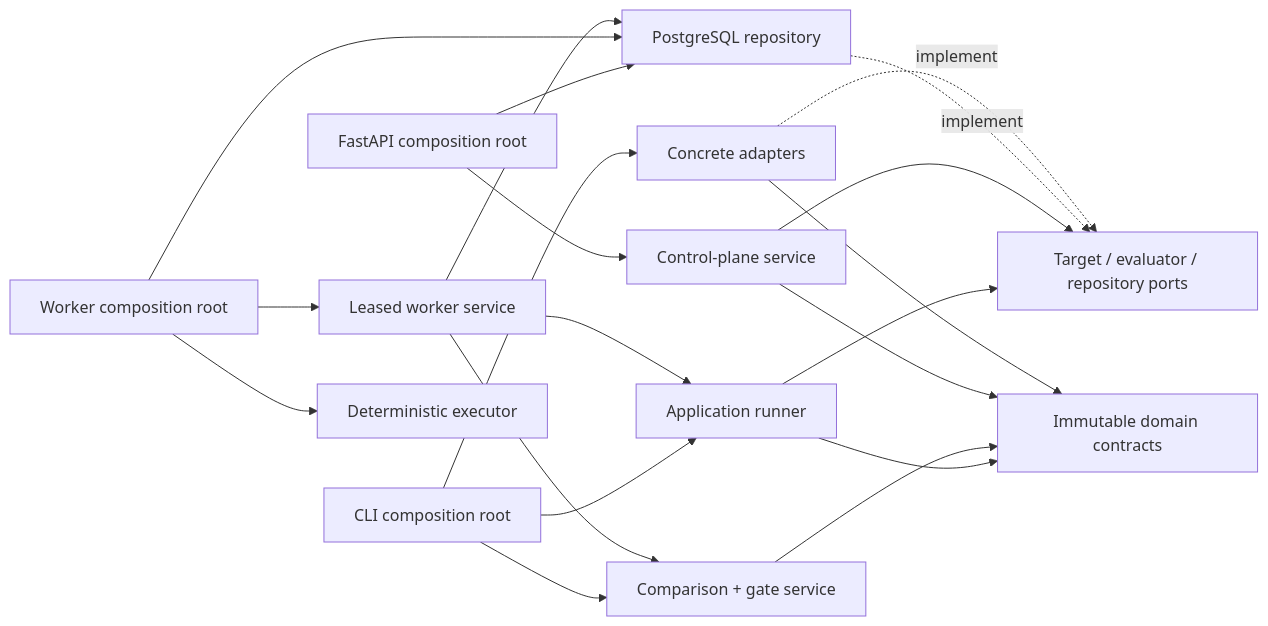
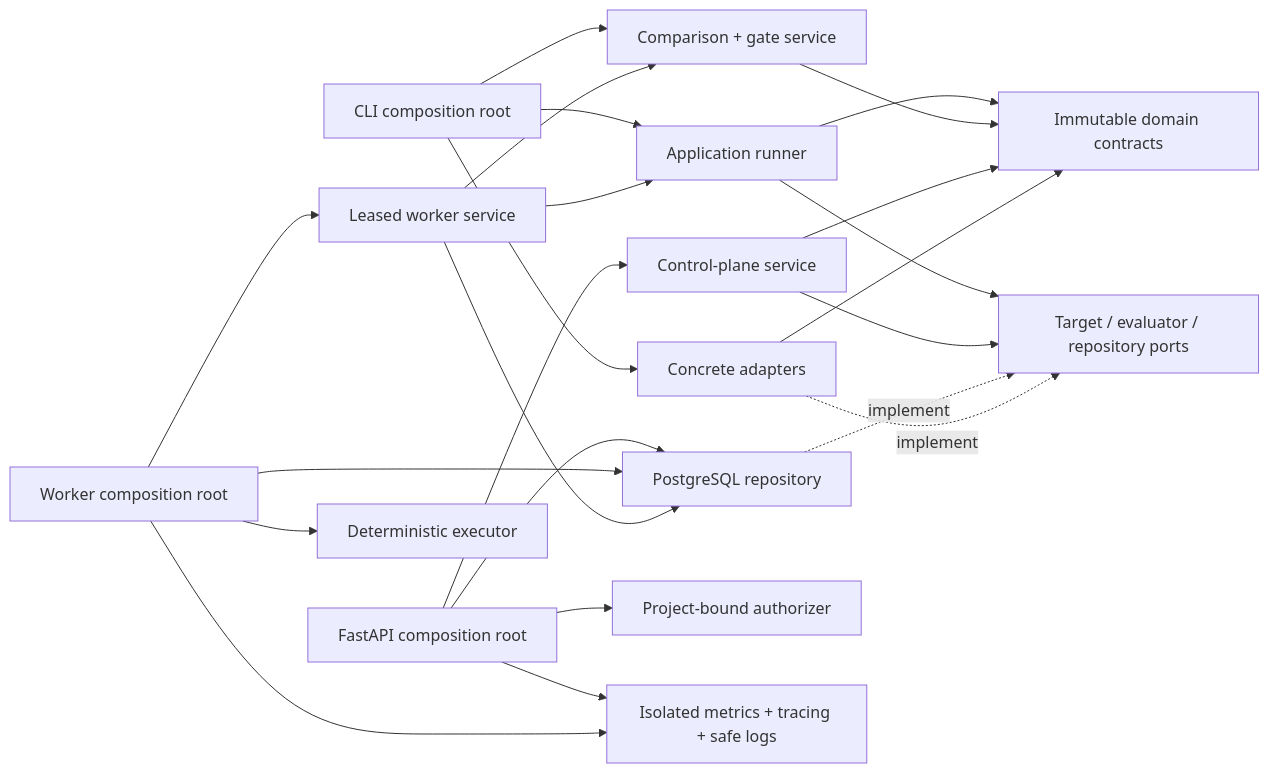
Before and after one commit to idevelopAI/llm-eval-control-plane: the first of 5 diagrams in docs/architecture.md, drawn with Mermaid. The commit also changed other lines of this file and 3 other files, not shown here.

Commit message:
docs(architecture): record auth and telemetry boundary

````diff
--- a/docs/architecture.md
+++ b/docs/architecture.md
@@ -21,22 +23,25 @@
 ```mermaid
 flowchart LR
     CLI["CLI composition root"] --> RUNNER["Application runner"]
     CLI --> COMPARE["Comparison + gate service"]
     CLI --> ADAPTERS["Concrete adapters"]
     API["FastAPI composition root"] --> CONTROL["Control-plane service"]
     API --> DB["PostgreSQL repository"]
+    API --> AUTH["Project-bound authorizer"]
+    API --> TELEMETRY["Isolated metrics + tracing + safe logs"]
     WORKER["Worker composition root"] --> ORCHESTRATE["Leased worker service"]
     WORKER --> EXECUTOR["Deterministic executor"]
     WORKER --> DB
+    WORKER --> TELEMETRY
     ORCHESTRATE --> RUNNER
     ORCHESTRATE --> COMPARE
     ORCHESTRATE --> DB
     RUNNER --> PORTS["Target / evaluator / repository ports"]
     RUNNER --> DOMAIN["Immutable domain contracts"]
     COMPARE --> DOMAIN
     CONTROL --> PORTS
     CONTROL --> DOMAIN
     DB -. implement .-> PORTS
     ADAPTERS -. implement .-> PORTS
     ADAPTERS --> DOMAIN
 ```
````
